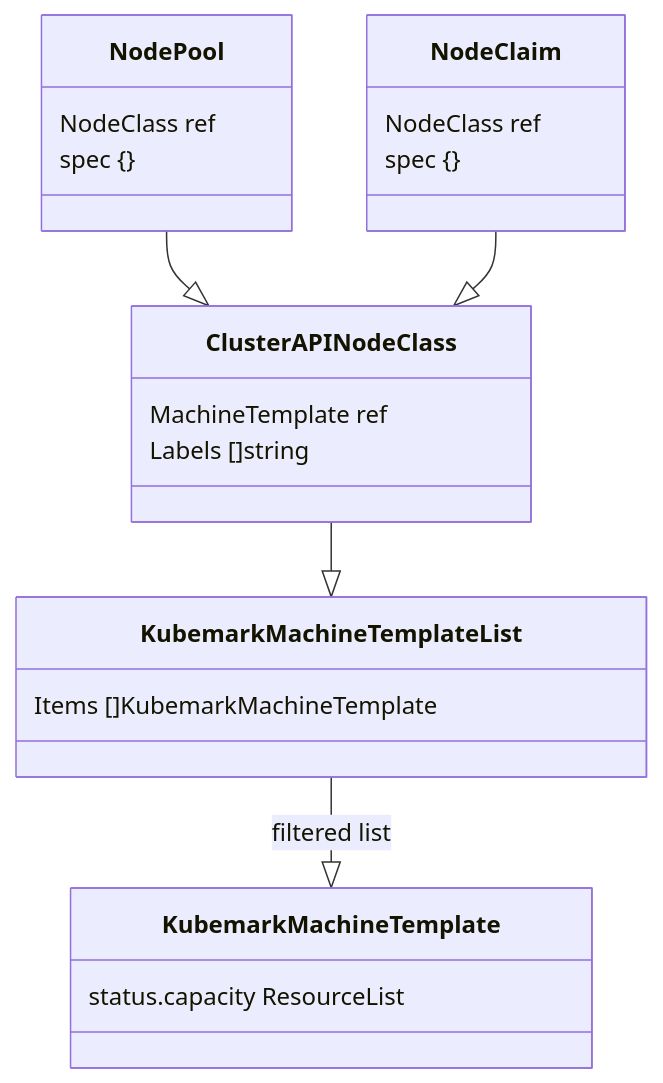
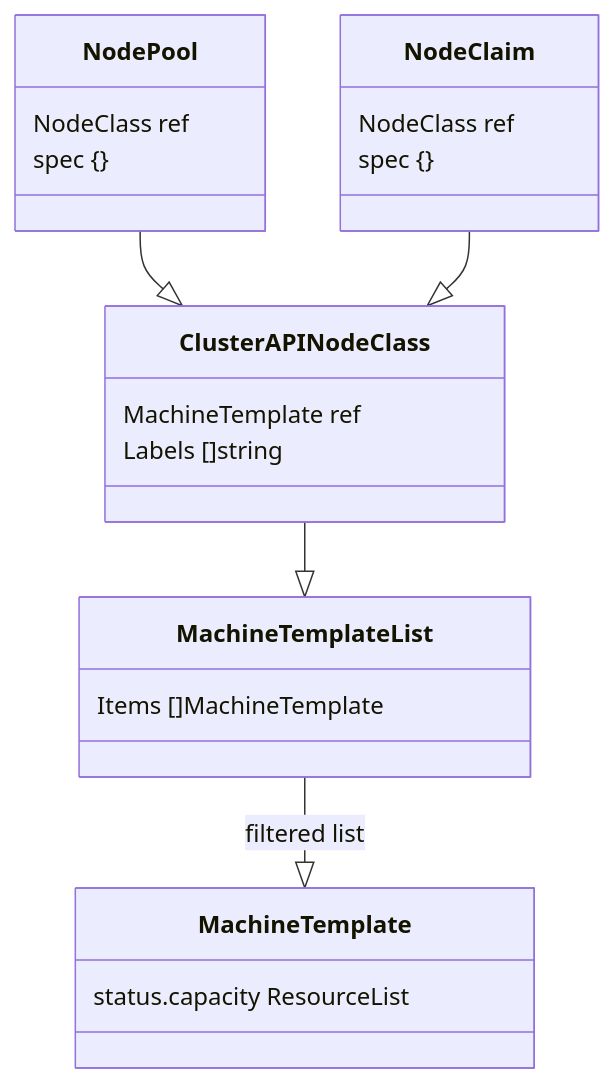
Before and after one commit to kubernetes-sigs/karpenter-provider-cluster-api: the first of 2 diagrams in docs/docs/design.md, drawn with Mermaid. The commit also changed 1 other file, not shown here.

Commit message:
add mermaid stuff to docs

````diff
--- a/docs/docs/design.md
+++ b/docs/docs/design.md
@@ -6,15 +6,15 @@
 ```mermaid
 classDiagram
     NodePool : NodeClass ref
     NodePool : spec {}
     ClusterAPINodeClass : MachineTemplate ref
     ClusterAPINodeClass : Labels []string
     NodePool --|> ClusterAPINodeClass
     NodeClaim : NodeClass ref
     NodeClaim --|> ClusterAPINodeClass
     NodeClaim : spec {}
-    KubemarkMachineTemplate : status.capacity ResourceList
-    KubemarkMachineTemplateList : Items []KubemarkMachineTemplate
-    ClusterAPINodeClass --|> KubemarkMachineTemplateList
-    KubemarkMachineTemplateList --|> KubemarkMachineTemplate : filtered list
+    MachineTemplate : status.capacity ResourceList
+    MachineTemplateList : Items []MachineTemplate
+    ClusterAPINodeClass --|> MachineTemplateList
+    MachineTemplateList --|> MachineTemplate : filtered list
 ```
````
